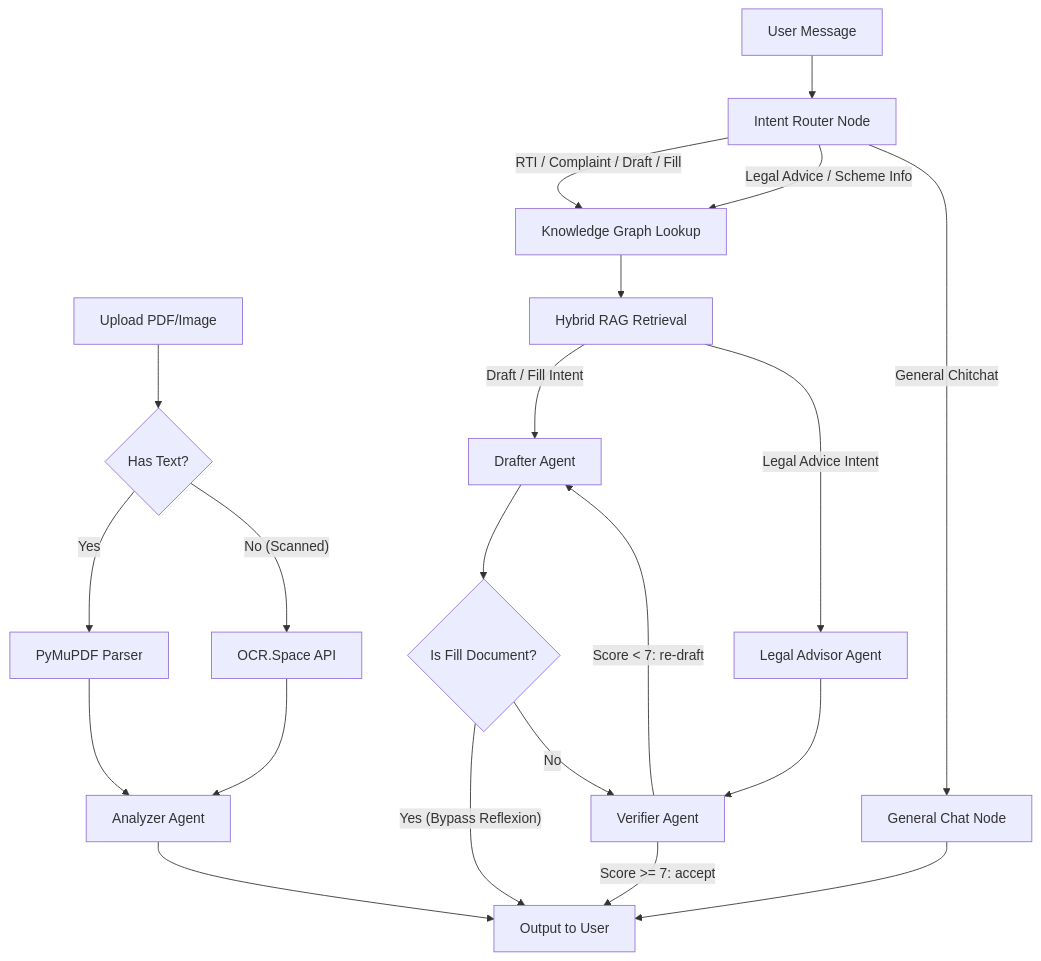
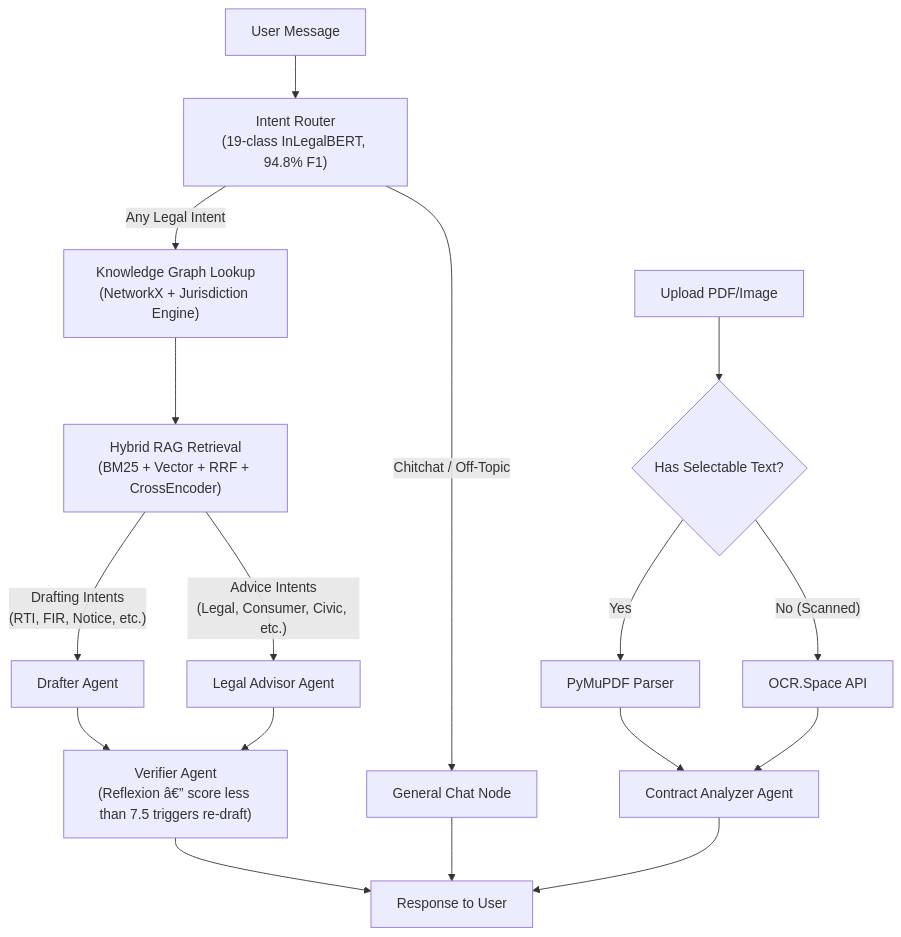
Before and after one commit to Manas8112/Jansathi: the diagram in README.md, drawn with Mermaid. The commit also changed other lines of this file and 56 other files, not shown here.

````diff
--- a/README.md
+++ b/README.md
@@ -28,32 +28,25 @@
 ```mermaid
 graph TD
-    %% Document Upload Pipeline
-    Doc["Upload PDF/Image"] --> OCR{"Has Text?"}
+    A["User Message"] --> B["Intent Router\n(19-class InLegalBERT, 94.8% F1)"]
+
+    B -->|"Chitchat / Off-Topic"| G["General Chat Node"]
+    B -->|"Any Legal Intent"| C["Knowledge Graph Lookup\n(NetworkX + Jurisdiction Engine)"]
+
+    C --> D["Hybrid RAG Retrieval\n(BM25 + Vector + RRF + CrossEncoder)"]
+
+    D -->|"Drafting Intents\n(RTI, FIR, Notice, etc.)"| E["Drafter Agent"]
+    D -->|"Advice Intents\n(Legal, Consumer, Civic, etc.)"| F["Legal Advisor Agent"]
+
+    E --> H["Verifier Agent\n(Reflexion â€” score less than 7.5 triggers re-draft)"]
+    F --> H
+
+    H --> I["Response to User"]
+    G --> I
+
+    Doc["Upload PDF/Image"] --> OCR{"Has Selectable Text?"}
     OCR -->|"Yes"| PyMuPDF["PyMuPDF Parser"]
     OCR -->|"No (Scanned)"| OCRAPI["OCR.Space API"]
-    PyMuPDF --> Analyzer["Analyzer Agent"]
+    PyMuPDF --> Analyzer["Contract Analyzer Agent"]
     OCRAPI --> Analyzer
-    Analyzer --> I["Output to User"]
-
-    %% Chat Pipeline
-    A["User Message"] --> B["Intent Router Node"]
-    
-    B -->|"RTI / Complaint / Draft / Fill"| C["Knowledge Graph Lookup"]
-    B -->|"Legal Advice / Scheme Info"| C
-    B -->|"General Chitchat"| G["General Chat Node"]
-    
-    C --> D["Hybrid RAG Retrieval"]
-    
-    D -->|"Draft / Fill Intent"| E["Drafter Agent"]
-    D -->|"Legal Advice Intent"| F["Legal Advisor Agent"]
-    
-    E --> VCheck{"Is Fill Document?"}
-    VCheck -->|"Yes (Bypass Reflexion)"| I
-    VCheck -->|"No"| H["Verifier Agent"]
-    
-    F --> H
-    
-    H -->|"Score < 7: re-draft"| E
-    H -->|"Score >= 7: accept"| I
-    G --> I
+    Analyzer --> I
 ```
````
